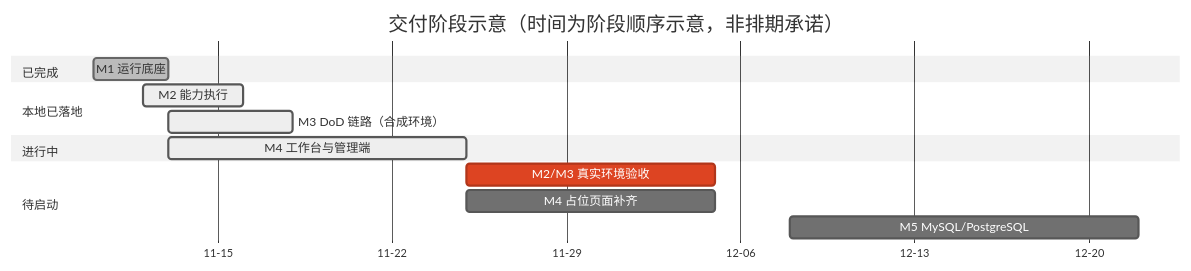
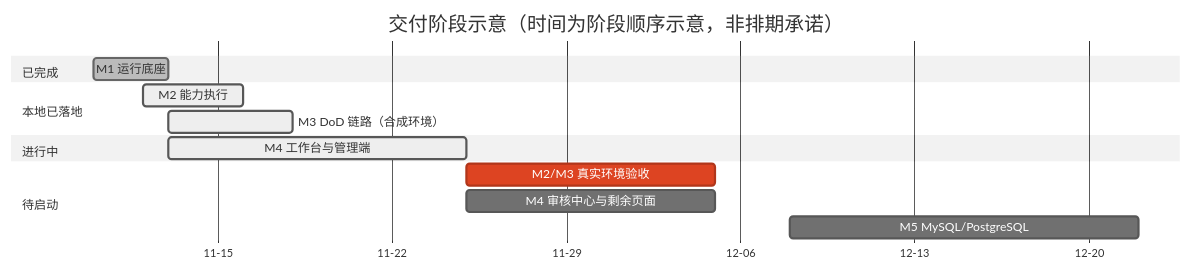
One commit to wxquare/workbench changed diagram 15 of 16 in docs/01-product.md. Above: the diagram before and after it, drawn with Mermaid (neutral theme). The commit also changed other lines of this file and 85 other files, not shown here.

Commit message:
feat: deliver next workbench reliability and review flows

````diff
--- a/docs/01-product.md
+++ b/docs/01-product.md
@@ -751,17 +751,17 @@
 ```mermaid
 gantt
     title 交付阶段示意（时间为阶段顺序示意，非排期承诺）
     dateFormat YYYY-MM-DD
     axisFormat %m-%d
     section 已完成
     M1 运行底座 :done, m1, 2026-11-10, 3d
     section 本地已落地
     M2 能力执行 :active, m2, 2026-11-12, 4d
     M3 DoD 链路（合成环境） :active, m3, 2026-11-13, 5d
     section 进行中
     M4 工作台与管理端 :active, m4, 2026-11-13, 12d
     section 待启动
     M2/M3 真实环境验收 :crit, v1, 2026-11-25, 10d
-    M4 占位页面补齐 :m4b, 2026-11-25, 10d
+    M4 审核中心与剩余页面 :m4b, 2026-11-25, 10d
     M5 MySQL/PostgreSQL :m5, 2026-12-08, 14d
 ```
````
